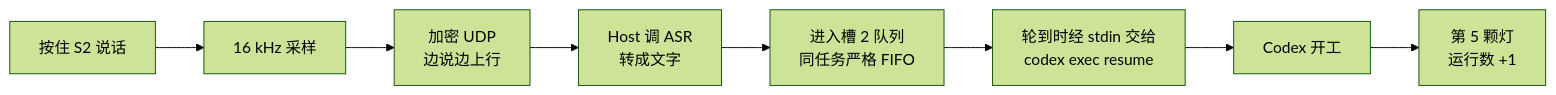
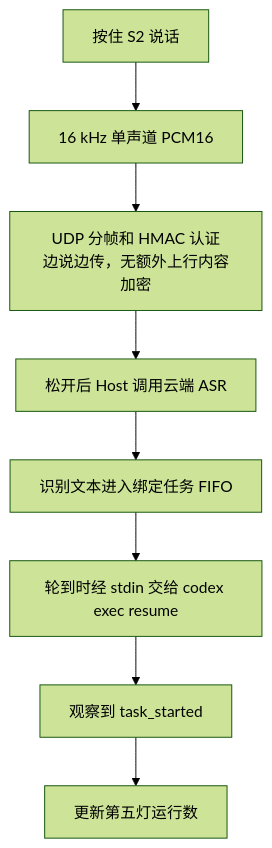
Before and after one commit to Larkspur-Wang/Codex_Keyboard: the diagram in projects/feishu_tutorial_20260817/boards/wb13_说进去.mmd, drawn with Mermaid (forest theme). The commit also changed 87 other files, not shown here.

```diff
--- a/projects/feishu_tutorial_20260817/boards/wb13_说进去.mmd
+++ b/projects/feishu_tutorial_20260817/boards/wb13_说进去.mmd
@@ -1,2 +1,8 @@
-flowchart LR
-    A["按住 S2 说话"] --> B["16 kHz 采样"] --> C["加密 UDP<br/>边说边上行"] --> D["Host 调 ASR<br/>转成文字"] --> E["进入槽 2 队列<br/>同任务严格 FIFO"] --> F["轮到时经 stdin 交给<br/>codex exec resume"] --> G["Codex 开工"] --> H["第 5 颗灯<br/>运行数 +1"]
+flowchart TD
+    A["按住 S2 说话"] --> B["16 kHz 单声道 PCM16"]
+    B --> C["UDP 分帧和 HMAC 认证<br/>边说边传，无额外上行内容加密"]
+    C --> D["松开后 Host 调用云端 ASR"]
+    D --> E["识别文本进入绑定任务 FIFO"]
+    E --> F["轮到时经 stdin 交给 codex exec resume"]
+    F --> G["观察到 task_started"]
+    G --> H["更新第五灯运行数"]
```
